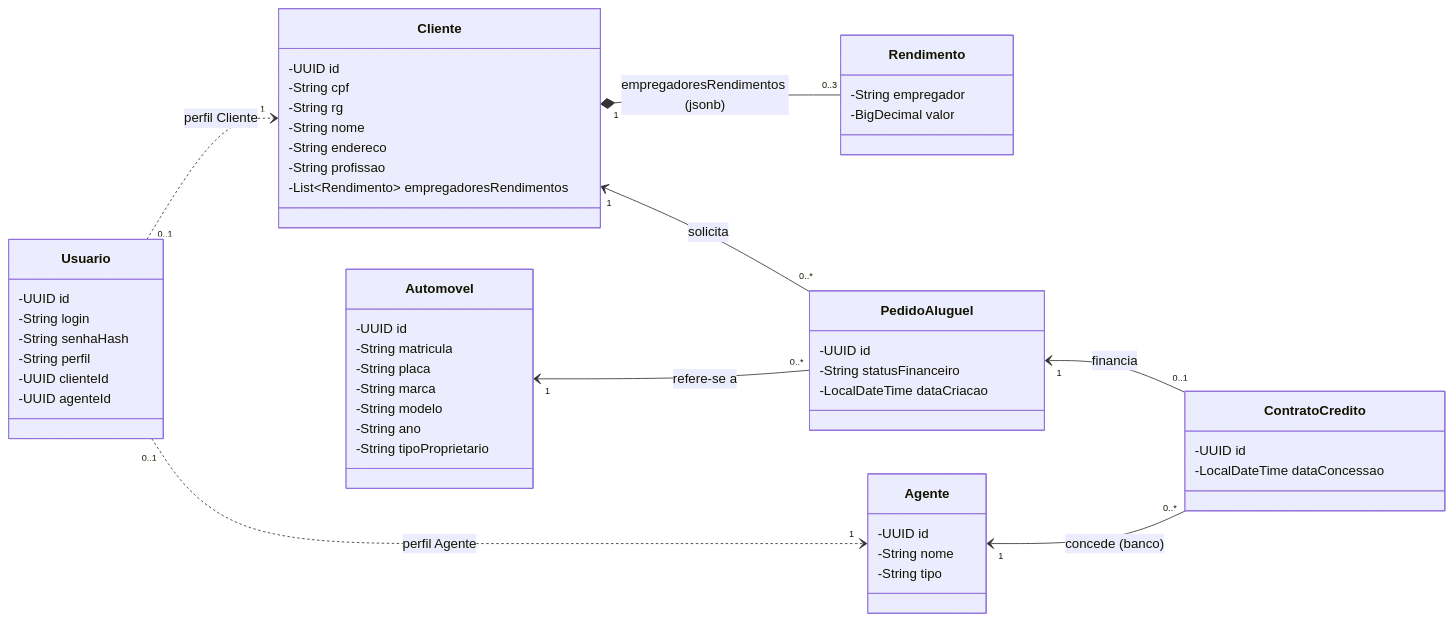
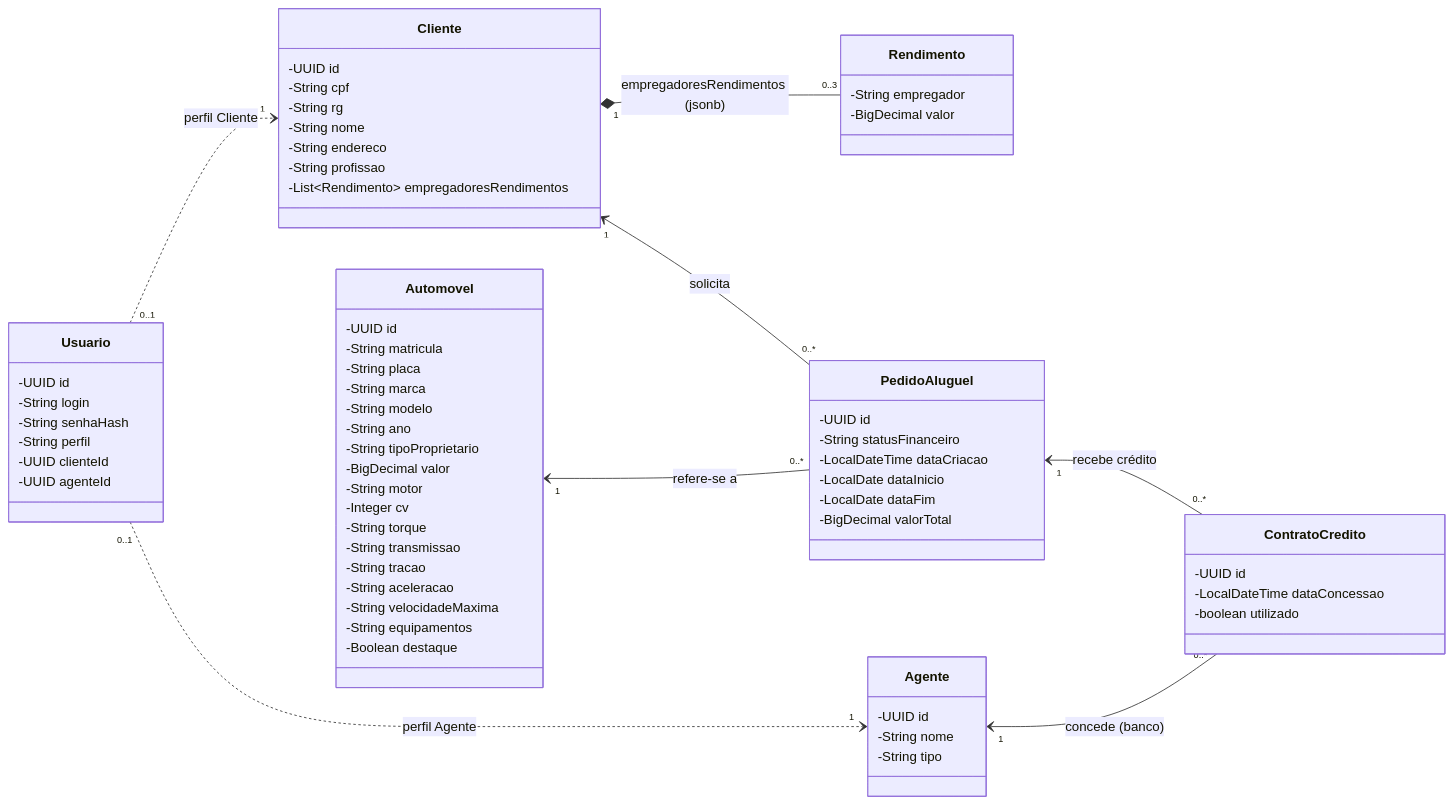
Before and after one commit to Cesarlac/getaway-car-rentals: the first of 2 diagrams in docs/03-diagrama-de-classes.md, drawn with Mermaid. The commit also changed other lines of this file and 15 other files, not shown here.

First line of the commit message:
docs: README no template da disciplina, UML atualizada e capturas de tela

````diff
--- a/docs/03-diagrama-de-classes.md
+++ b/docs/03-diagrama-de-classes.md
@@ -7,63 +7,77 @@
 ```mermaid
 classDiagram
     direction LR
 
     class Cliente {
         -UUID id
         -String cpf
         -String rg
         -String nome
         -String endereco
         -String profissao
         -List~Rendimento~ empregadoresRendimentos
     }
 
     class Rendimento {
         -String empregador
         -BigDecimal valor
     }
 
     class Agente {
         -UUID id
         -String nome
         -String tipo
     }
 
     class Automovel {
         -UUID id
         -String matricula
         -String placa
         -String marca
         -String modelo
         -String ano
         -String tipoProprietario
+        -BigDecimal valor
+        -String motor
+        -Integer cv
+        -String torque
+        -String transmissao
+        -String tracao
+        -String aceleracao
+        -String velocidadeMaxima
+        -String equipamentos
+        -Boolean destaque
     }
 
     class PedidoAluguel {
         -UUID id
         -String statusFinanceiro
         -LocalDateTime dataCriacao
+        -LocalDate dataInicio
+        -LocalDate dataFim
+        -BigDecimal valorTotal
     }
 
     class ContratoCredito {
         -UUID id
         -LocalDateTime dataConcessao
+        -boolean utilizado
     }
 
     class Usuario {
         -UUID id
         -String login
         -String senhaHash
         -String perfil
         -UUID clienteId
         -UUID agenteId
     }
 
     Cliente "1" *-- "0..3" Rendimento : empregadoresRendimentos (jsonb)
     Cliente "1" <-- "0..*" PedidoAluguel : solicita
     Automovel "1" <-- "0..*" PedidoAluguel : refere-se a
-    PedidoAluguel "1" <-- "0..1" ContratoCredito : financia
+    PedidoAluguel "1" <-- "0..*" ContratoCredito : recebe crédito
     Agente "1" <-- "0..*" ContratoCredito : concede (banco)
     Usuario "0..1" ..> "1" Cliente : perfil Cliente
     Usuario "0..1" ..> "1" Agente : perfil Agente
 ```
````
